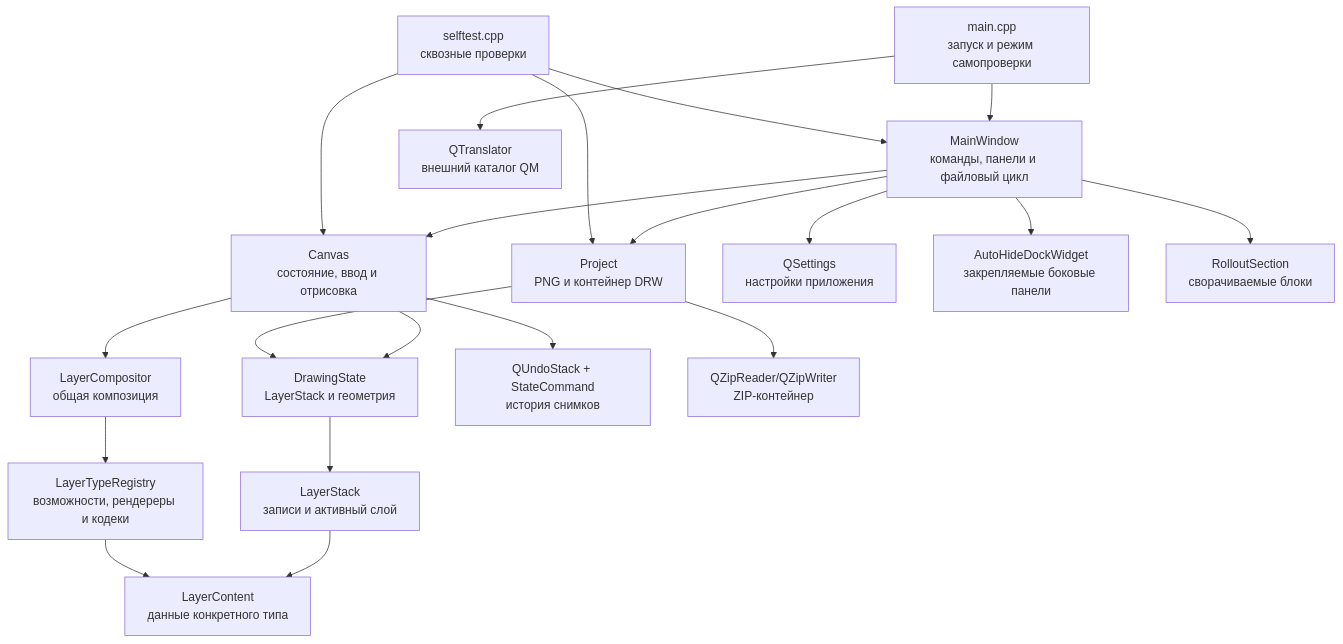
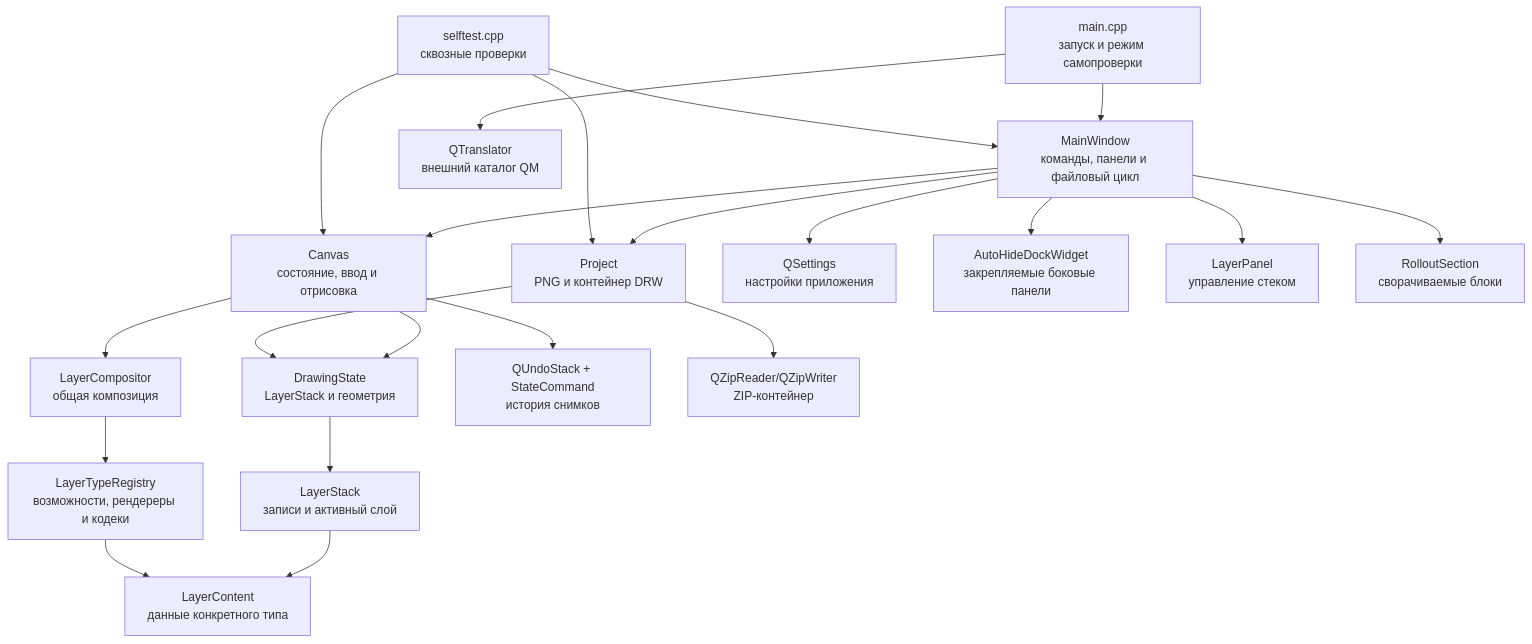
One commit to imalyavskiy/TechDrawGraphicsEditor changed the diagram in docs/architecture.md. Above: the diagram before and after it, drawn with Mermaid. The commit also changed other lines of this file and 1 other file, not shown here.

````diff
--- a/docs/architecture.md
+++ b/docs/architecture.md
@@ -11,22 +11,23 @@
 ```mermaid
 flowchart TD
     Main[main.cpp<br/>запуск и режим самопроверки] --> Window[MainWindow<br/>команды, панели и файловый цикл]
     Window --> Canvas[Canvas<br/>состояние, ввод и отрисовка]
     Window --> Project[Project<br/>PNG и контейнер DRW]
     Window --> Settings[QSettings<br/>настройки приложения]
     Window --> AutoHide[AutoHideDockWidget<br/>закрепляемые боковые панели]
+    Window --> LayerPanel[LayerPanel<br/>управление стеком]
     Window --> Rollout[RolloutSection<br/>сворачиваемые блоки]
     Main --> Translator[QTranslator<br/>внешний каталог QM]
     Canvas --> State[DrawingState<br/>LayerStack и геометрия]
     Canvas --> Compositor[LayerCompositor<br/>общая композиция]
     State --> Stack[LayerStack<br/>записи и активный слой]
     Stack --> Content[LayerContent<br/>данные конкретного типа]
     Compositor --> Registry[LayerTypeRegistry<br/>возможности, рендереры и кодеки]
     Registry --> Content
     Canvas --> Undo[QUndoStack + StateCommand<br/>история снимков]
     Project --> State
     Project --> Archive[QZipReader/QZipWriter<br/>ZIP-контейнер]
     SelfTest[selftest.cpp<br/>сквозные проверки] --> Window
     SelfTest --> Canvas
     SelfTest --> Project
 ```
````
